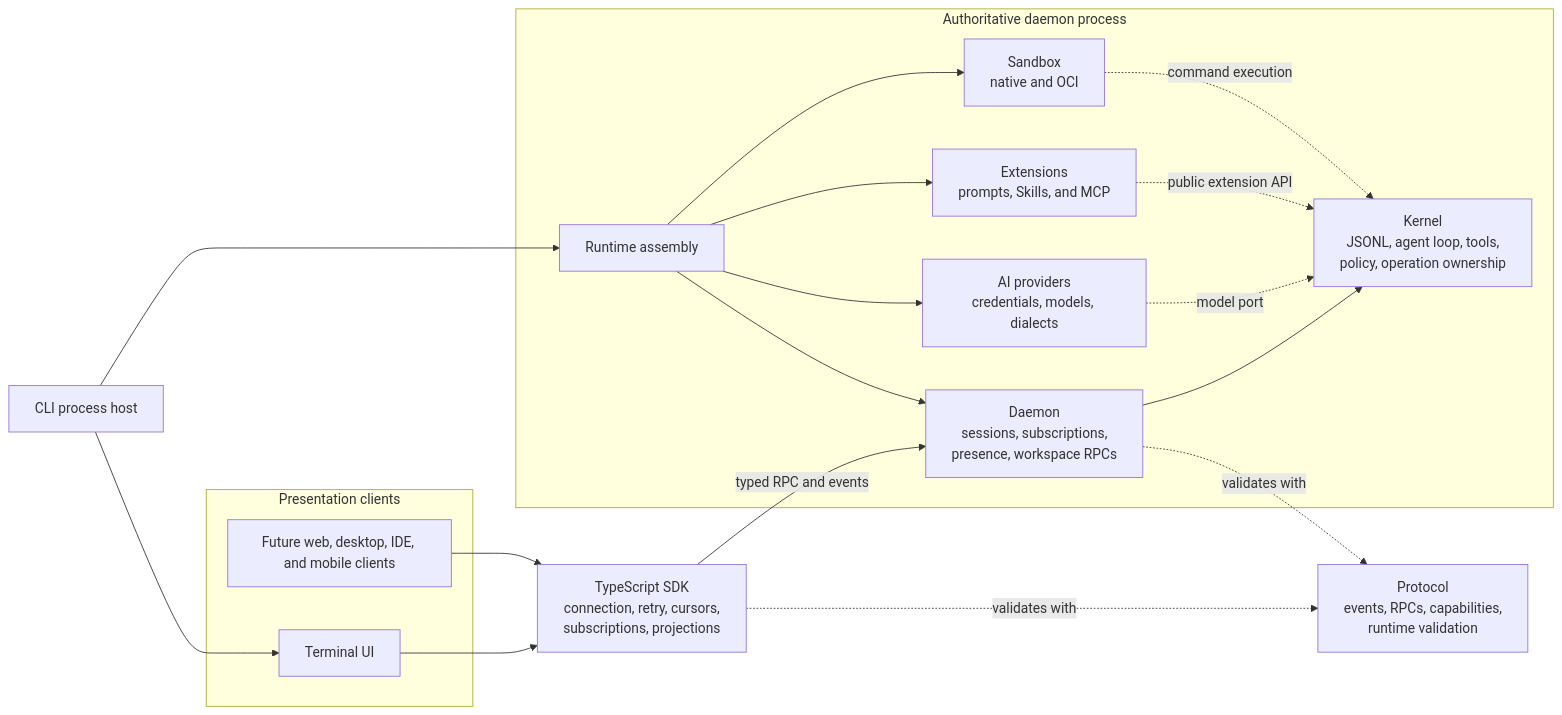
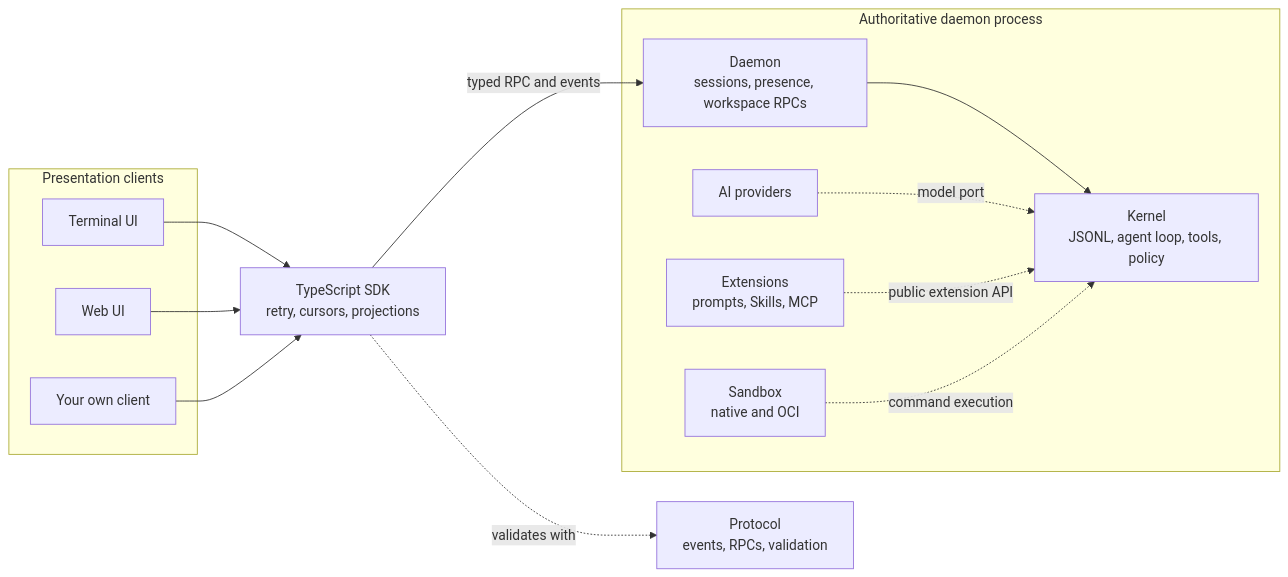
Before and after one commit to Haz3-jolt/Axl: the diagram in README.md, drawn with Mermaid. The commit also changed other lines of this file and 3 other files, not shown here.

````diff
--- a/README.md
+++ b/README.md
@@ -81,36 +105,29 @@
 ```mermaid
 flowchart LR
   subgraph Clients[Presentation clients]
     TUI[Terminal UI]
-    Future[Future web, desktop, IDE, and mobile clients]
+    Web[Web UI]
+    Yours[Your own client]
   end
 
-  CLI[CLI process host]
-  SDK[TypeScript SDK<br/>connection, retry, cursors,<br/>subscriptions, projections]
-  Protocol[Protocol<br/>events, RPCs, capabilities,<br/>runtime validation]
+  SDK[TypeScript SDK<br/>retry, cursors, projections]
+  Protocol[Protocol<br/>events, RPCs, validation]
 
   subgraph Authority[Authoritative daemon process]
-    Runtime[Runtime assembly]
-    Daemon[Daemon<br/>sessions, subscriptions,<br/>presence, workspace RPCs]
-    Kernel[Kernel<br/>JSONL, agent loop, tools,<br/>policy, operation ownership]
-    AI[AI providers<br/>credentials, models, dialects]
-    Extensions[Extensions<br/>prompts, Skills, and MCP]
+    Daemon[Daemon<br/>sessions, presence, workspace RPCs]
+    Kernel[Kernel<br/>JSONL, agent loop, tools, policy]
+    AI[AI providers]
+    Extensions[Extensions<br/>prompts, Skills, MCP]
     Sandbox[Sandbox<br/>native and OCI]
   end
 
   TUI --> SDK
-  Future --> SDK
+  Web --> SDK
+  Yours --> SDK
   SDK -->|typed RPC and events| Daemon
   SDK -. validates with .-> Protocol
   Daemon --> Kernel
-  Daemon -. validates with .-> Protocol
-  CLI --> Runtime
-  CLI --> TUI
-  Runtime --> Daemon
-  Runtime --> AI
-  Runtime --> Extensions
-  Runtime --> Sandbox
   AI -. model port .-> Kernel
   Extensions -. public extension API .-> Kernel
   Sandbox -. command execution .-> Kernel
 ```
````
